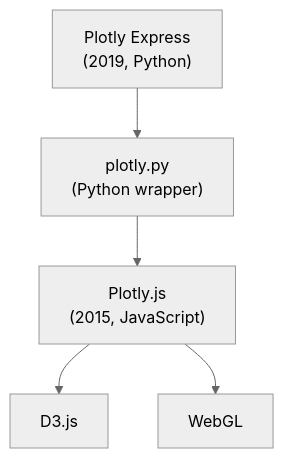
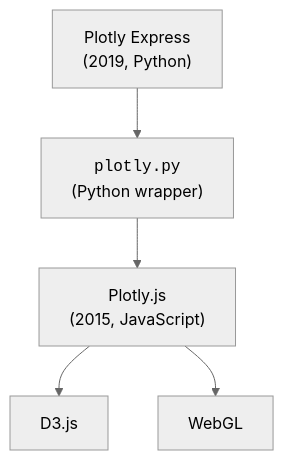
The diagram in content/learn/intro-data-viz-plotly/the-rise-of-plotly.mdx (dataslope/dataslope), drawn with Mermaid (neutral theme) before and after one commit. The commit also changed 218 other files, not shown here.

First line of the commit message:
Render code-only mermaid shapes in monospace; convert step sequences to Steps (#467)

````diff
--- a/content/learn/intro-data-viz-plotly/the-rise-of-plotly.mdx
+++ b/content/learn/intro-data-viz-plotly/the-rise-of-plotly.mdx
@@ -28,7 +28,7 @@
 ```mermaid
 flowchart TB
-    PX["Plotly Express<br/>(2019, Python)"] --> PY["plotly.py<br/>(Python wrapper)"]
+    PX["Plotly Express<br/>(2019, Python)"] --> PY["<code>plotly.py</code><br/>(Python wrapper)"]
     PY --> JS["Plotly.js<br/>(2015, JavaScript)"]
     JS --> D3["D3.js"]
     JS --> WG["WebGL"]
 ```
````
